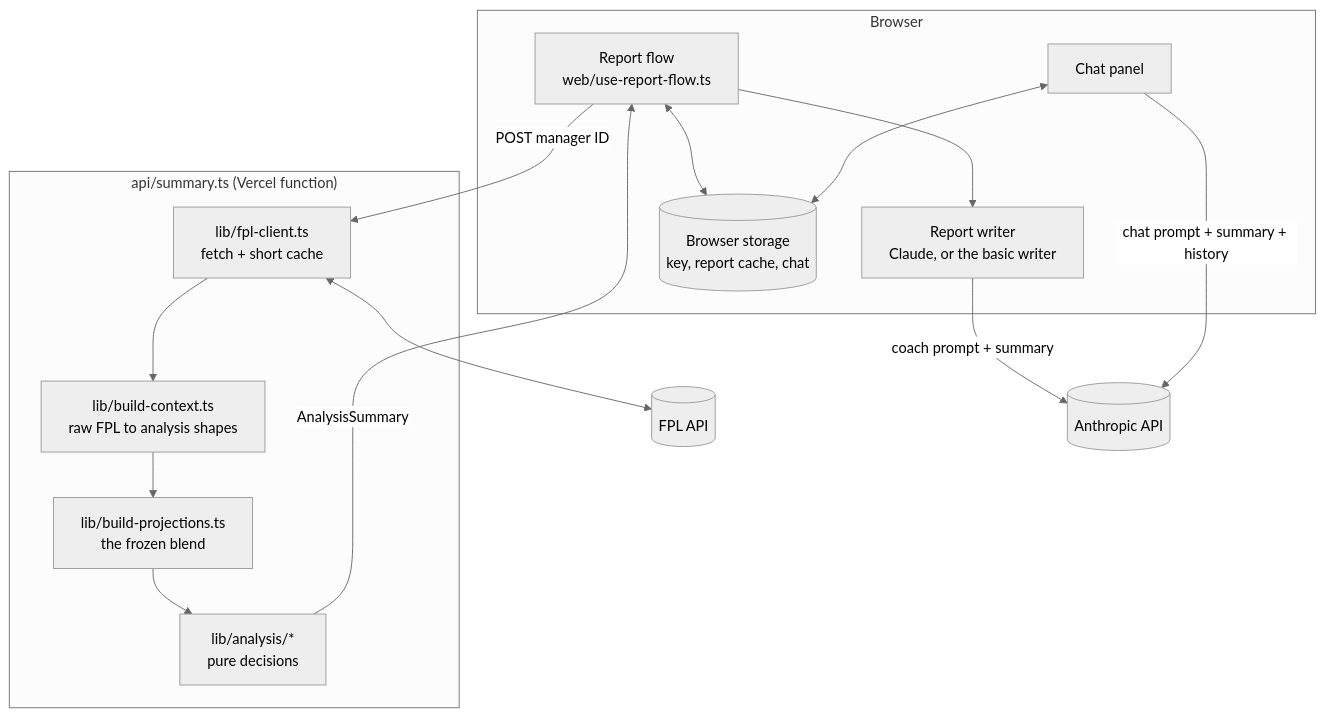
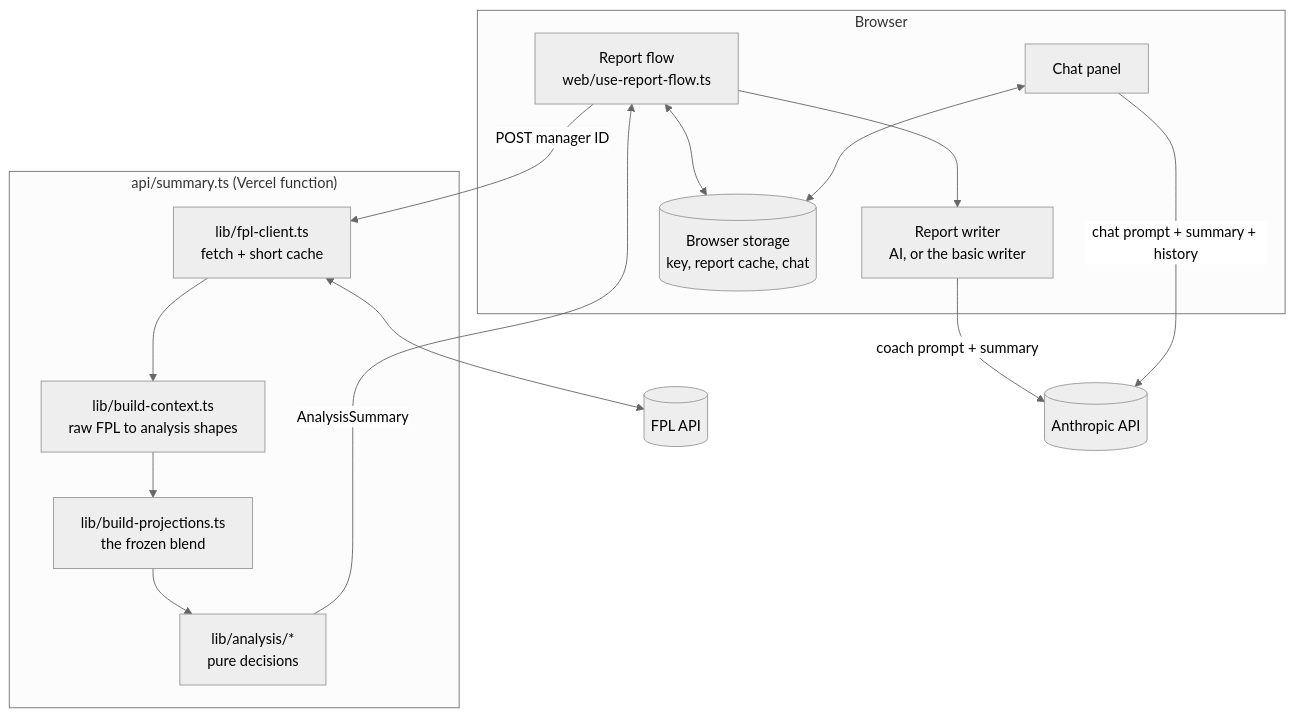
Before and after one commit to chukwuemekaorji/onze: the diagram in docs/design.md, drawn with Mermaid (neutral theme). The commit also changed other lines of this file and 1 other file, not shown here.

````diff
--- a/docs/design.md
+++ b/docs/design.md
@@ -11,27 +11,27 @@
 ```mermaid
 flowchart TB
   subgraph browser["Browser"]
     flow["Report flow<br/>web/use-report-flow.ts"]
-    writer["Report writer<br/>Claude, or the basic writer"]
+    writer["Report writer<br/>AI, or the basic writer"]
     chat["Chat panel"]
     stores[("Browser storage<br/>key, report cache, chat")]
   end
   subgraph fn["api/summary.ts (Vercel function)"]
     client["lib/fpl-client.ts<br/>fetch + short cache"]
     context["lib/build-context.ts<br/>raw FPL to analysis shapes"]
     proj["lib/build-projections.ts<br/>the frozen blend"]
     analysis["lib/analysis/*<br/>pure decisions"]
   end
   fpl[("FPL API")]
   anthropic[("Anthropic API")]
 
   flow -- "POST manager ID" --> client
   client <--> fpl
   client --> context --> proj --> analysis
   analysis -- "AnalysisSummary" --> flow
   flow --> writer
   writer -- "coach prompt + summary" --> anthropic
   chat -- "chat prompt + summary + history" --> anthropic
   flow <--> stores
   chat <--> stores
 ```
````
